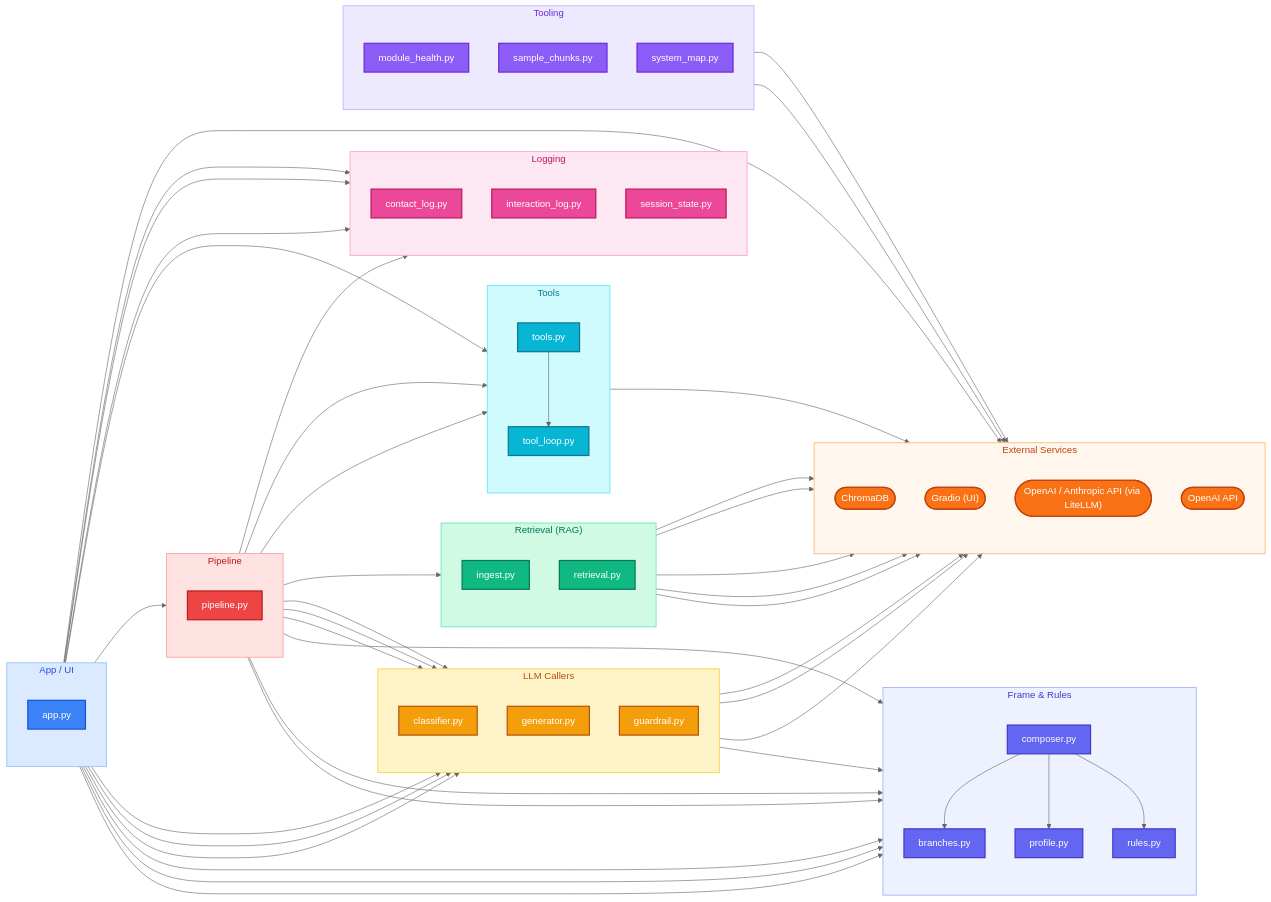
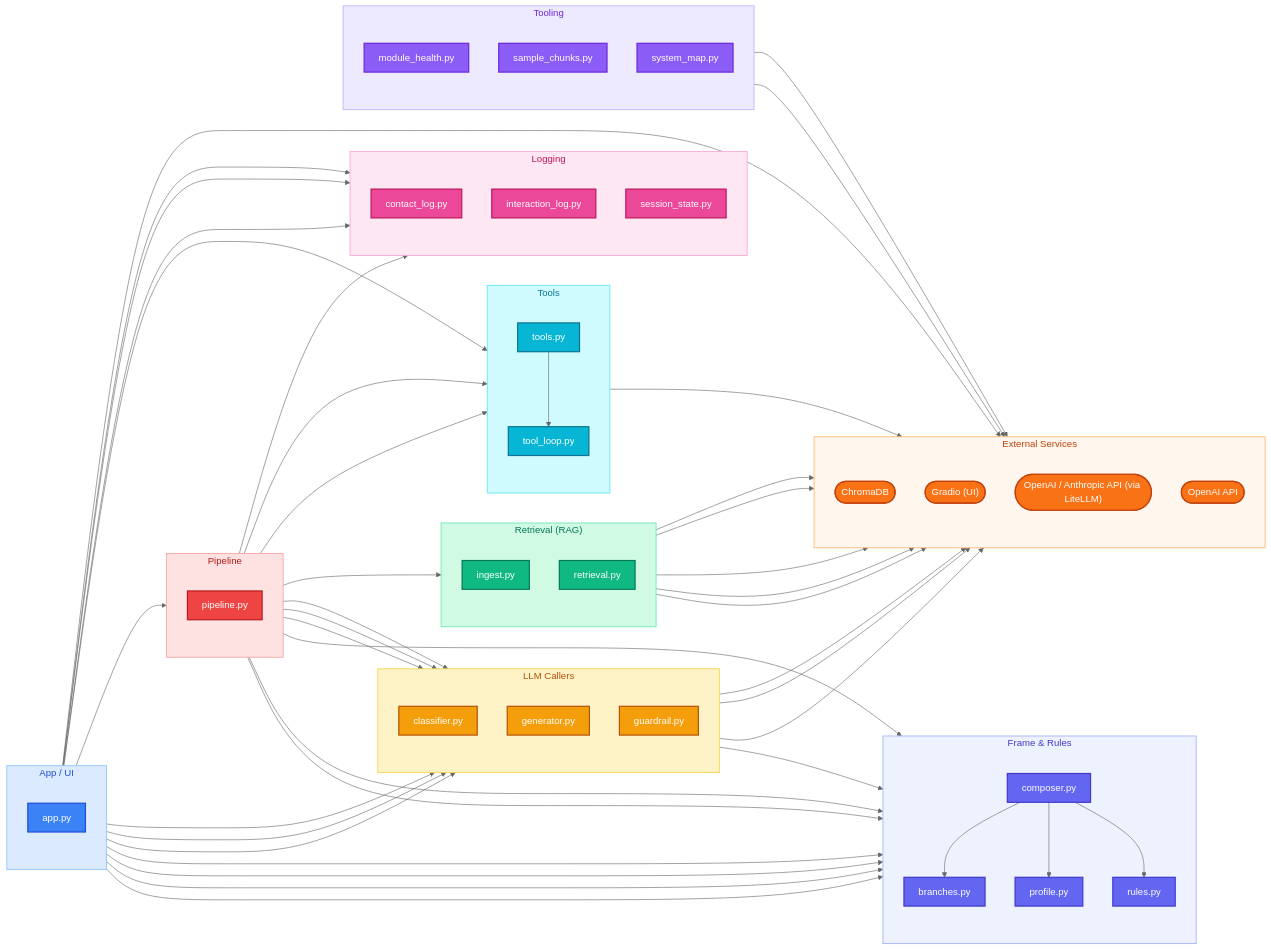
Before and after one commit to AlejandroFuentePinero/digital-twin: the second of 2 diagrams in docs/MAP.md, drawn with Mermaid (neutral theme). The commit also changed other lines of this file and 7 other files, not shown here.

First line of the commit message:
Session 26: contact-flow expansion — multi-trigger union + turn-7 re-prompt + explicit-request detector

```diff
--- a/docs/MAP.md
+++ b/docs/MAP.md
@@ -153,6 +157,7 @@
   app --> interaction_log
   app --> pipeline
   app --> profile
+  app --> rules
   app --> session_state
   app --> tools
   composer --> branches
```
